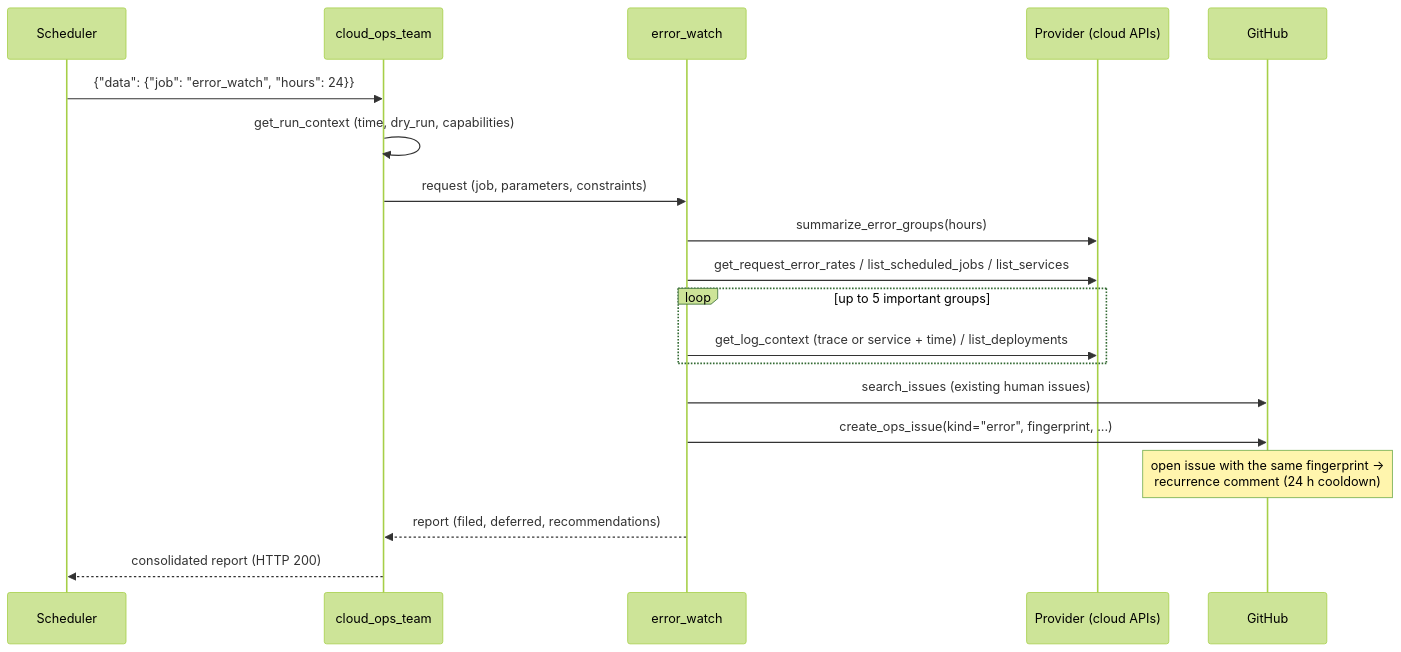
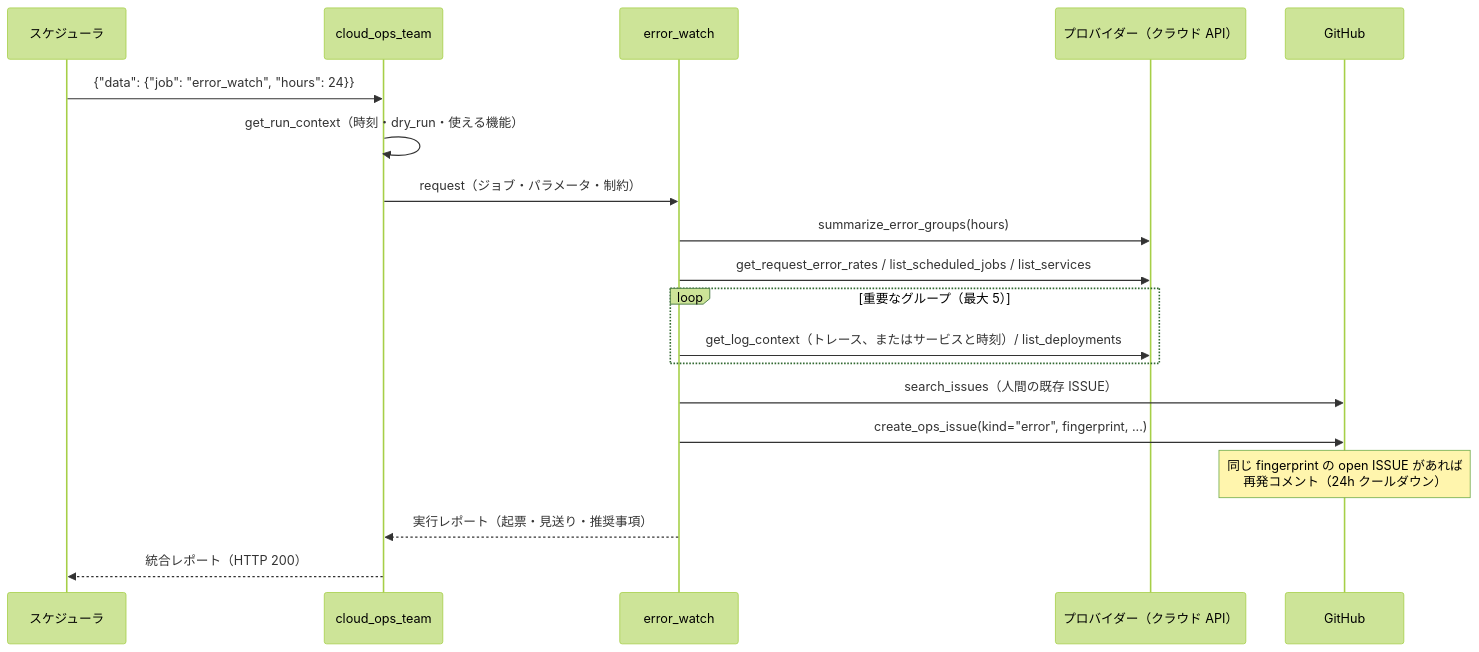
The third of 4 diagrams in docs/architecture.md (atsuki-sakai/cloud-ops-team), drawn with Mermaid (forest theme) before and after one commit. The commit also changed other lines of this file and 26 other files, not shown here.

````diff
--- a/docs/architecture.md
+++ b/docs/architecture.md
@@ -240,21 +231,21 @@
 ```mermaid
 sequenceDiagram
-    participant S as Scheduler
+    participant S as スケジューラ
     participant R as cloud_ops_team
     participant E as error_watch
-    participant C as Provider (cloud APIs)
+    participant C as プロバイダー（クラウド API）
     participant G as GitHub
     S->>R: {"data": {"job": "error_watch", "hours": 24}}
-    R->>R: get_run_context (time, dry_run, capabilities)
-    R->>E: request (job, parameters, constraints)
+    R->>R: get_run_context（時刻・dry_run・使える機能）
+    R->>E: request（ジョブ・パラメータ・制約）
     E->>C: summarize_error_groups(hours)
     E->>C: get_request_error_rates / list_scheduled_jobs / list_services
-    loop up to 5 important groups
-        E->>C: get_log_context (trace or service + time) / list_deployments
+    loop 重要なグループ（最大 5）
+        E->>C: get_log_context（トレース、またはサービスと時刻）/ list_deployments
     end
-    E->>G: search_issues (existing human issues)
+    E->>G: search_issues（人間の既存 ISSUE）
     E->>G: create_ops_issue(kind="error", fingerprint, ...)
-    Note over G: open issue with the same fingerprint →<br/>recurrence comment (24 h cooldown)
-    E-->>R: report (filed, deferred, recommendations)
-    R-->>S: consolidated report (HTTP 200)
+    Note over G: 同じ fingerprint の open ISSUE があれば<br/>再発コメント（24h クールダウン）
+    E-->>R: 実行レポート（起票・見送り・推奨事項）
+    R-->>S: 統合レポート（HTTP 200）
 ```
````
